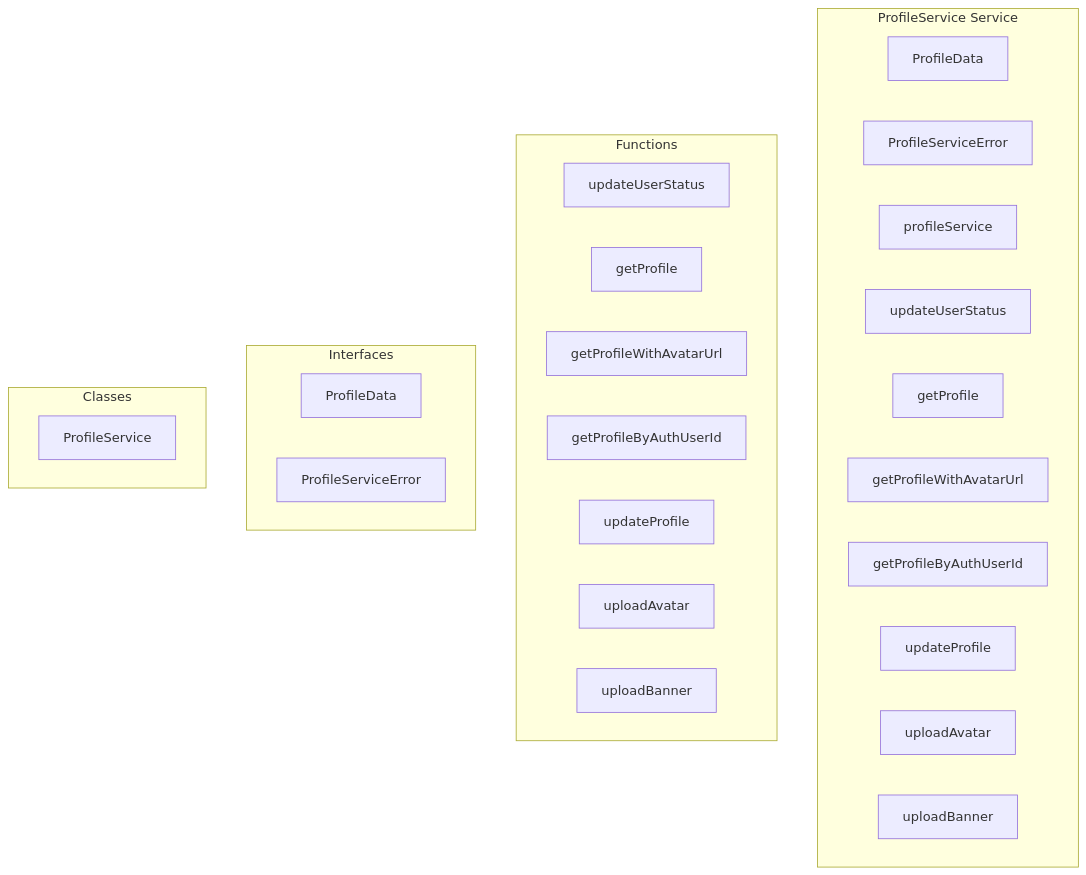
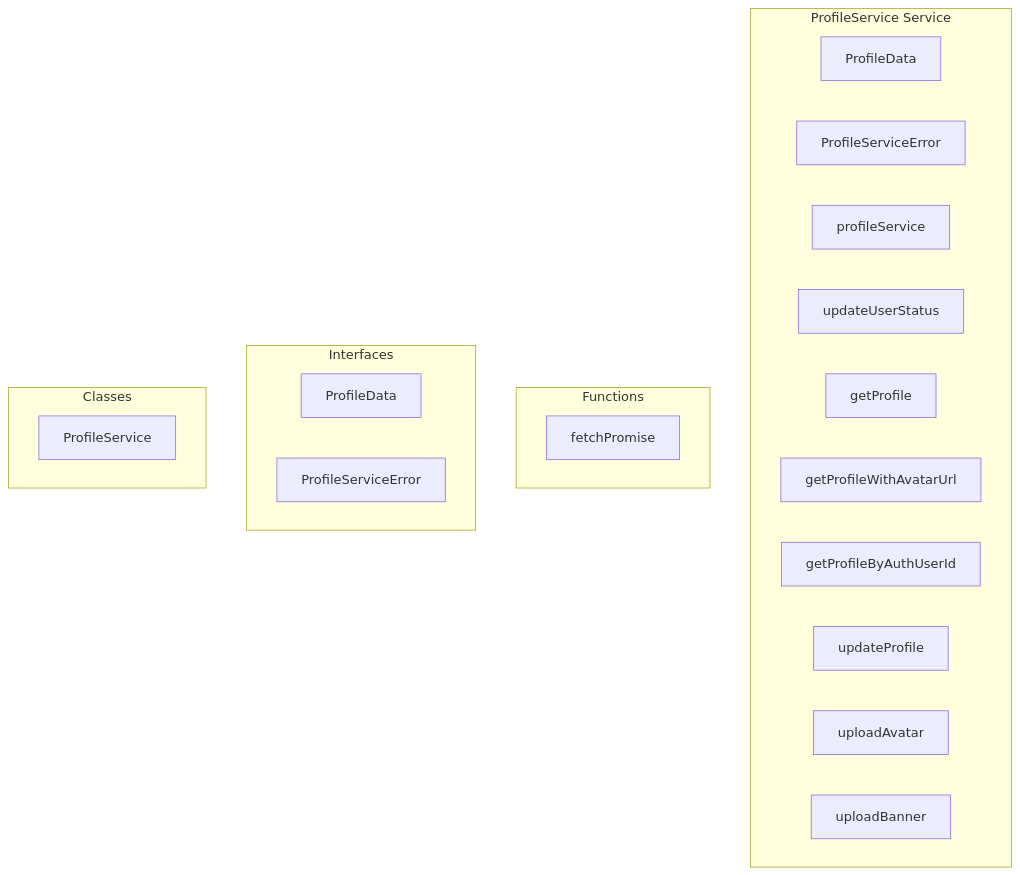
The diagram in docs/api/services/profileservice.md (y4my4my4m/harmony), drawn with Mermaid before and after one commit. The commit also changed other lines of this file and 211 other files, not shown here.

````diff
--- a/docs/api/services/profileservice.md
+++ b/docs/api/services/profileservice.md
@@ -7,35 +7,29 @@
 ```mermaid
 graph TB
     subgraph "ProfileService Service"
         PROFILEDATA[ProfileData]
         PROFILESERVICEERROR[ProfileServiceError]
         PROFILESERVICE[ProfileService]
         PROFILESERVICE[profileService]
         UPDATEUSERSTATUS[updateUserStatus]
         GETPROFILE[getProfile]
         GETPROFILEWITHAVATARURL[getProfileWithAvatarUrl]
         GETPROFILEBYAUTHUSERID[getProfileByAuthUserId]
         UPDATEPROFILE[updateProfile]
         UPLOADAVATAR[uploadAvatar]
         UPLOADBANNER[uploadBanner]
     end
     
     subgraph "Functions"
-        FN_UPDATEUSERSTATUS[updateUserStatus]
-        FN_GETPROFILE[getProfile]
-        FN_GETPROFILEWITHAVATARURL[getProfileWithAvatarUrl]
-        FN_GETPROFILEBYAUTHUSERID[getProfileByAuthUserId]
-        FN_UPDATEPROFILE[updateProfile]
-        FN_UPLOADAVATAR[uploadAvatar]
-        FN_UPLOADBANNER[uploadBanner]
+        FN_FETCHPROMISE[fetchPromise]
     end
     
     subgraph "Interfaces"
         INT_PROFILEDATA[ProfileData]
         INT_PROFILESERVICEERROR[ProfileServiceError]
     end
     
     subgraph "Classes"
         CLS_PROFILESERVICE[ProfileService]
     end
 ```
````
